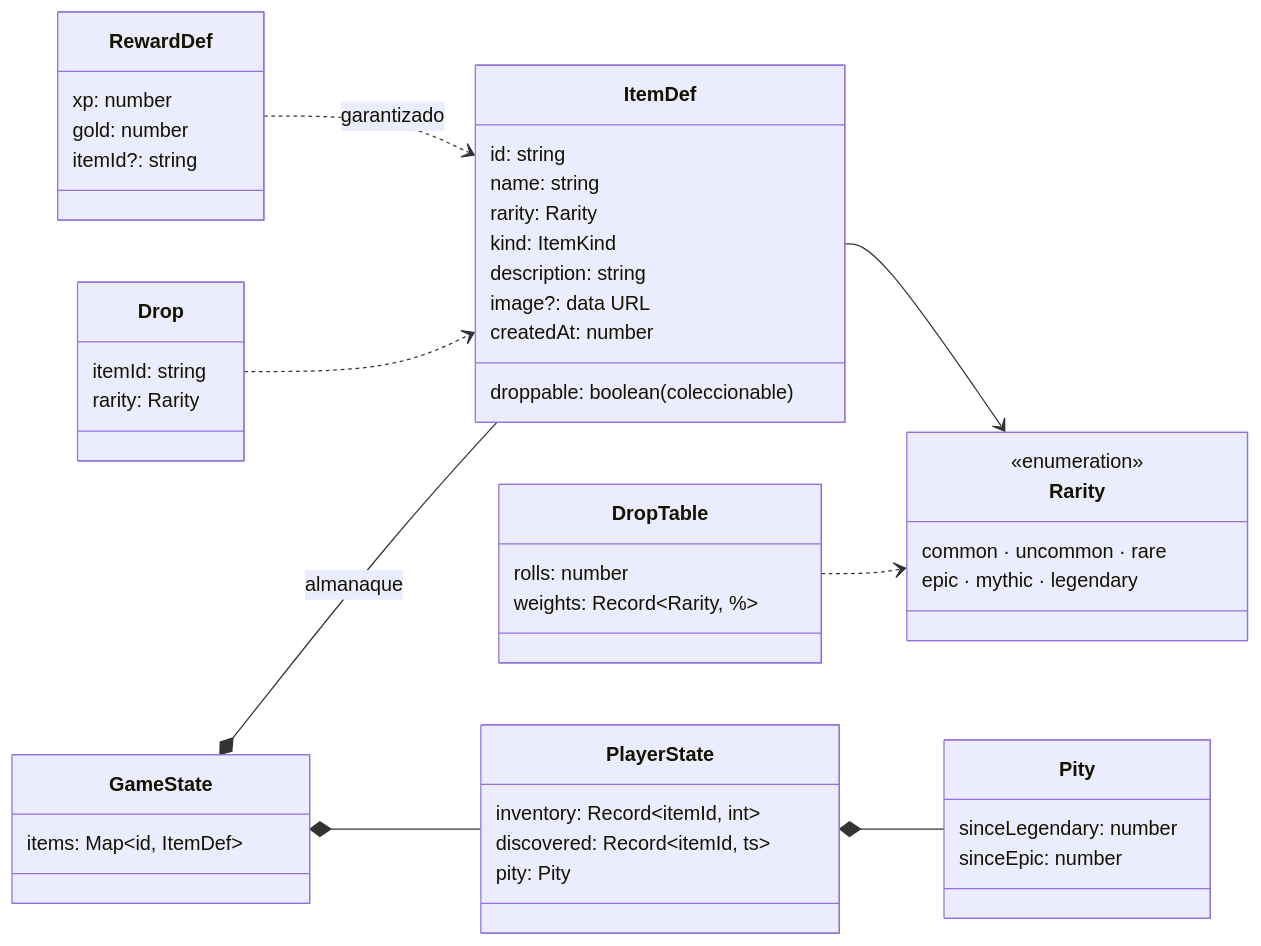
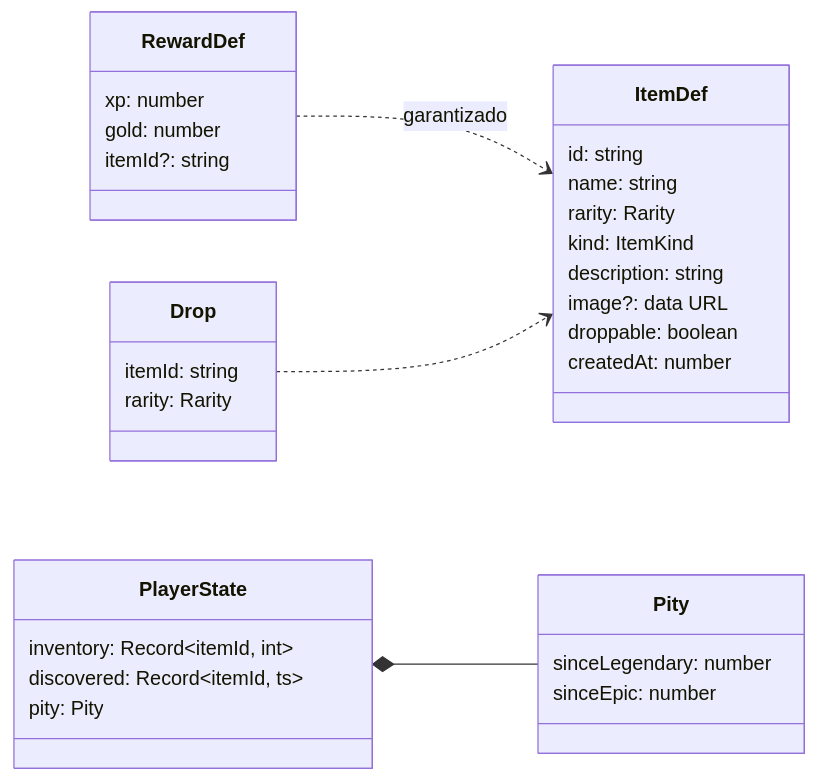
Before and after one commit to Carlos-Requena/Quest_Tareas: the diagram in src/features/items/README.md, drawn with Mermaid. The commit also changed other lines of this file and 134 other files, not shown here.

````diff
--- a/src/features/items/README.md
+++ b/src/features/items/README.md
@@ -155,51 +99,35 @@
 ```mermaid
 classDiagram
     direction LR
     class ItemDef {
         id: string
         name: string
         rarity: Rarity
         kind: ItemKind
         description: string
         image?: data URL
-        droppable: boolean (coleccionable)
+        droppable: boolean
         createdAt: number
-    }
-    class Rarity {
-        <<enumeration>>
-        common · uncommon · rare
-        epic · mythic · legendary
     }
     class RewardDef {
         xp: number
         gold: number
         itemId?: string
     }
     class Drop {
         itemId: string
         rarity: Rarity
     }
-    class DropTable {
-        rolls: number
-        weights: Record~Rarity, %~
-    }
     class Pity {
         sinceLegendary: number
         sinceEpic: number
     }
     class PlayerState {
         inventory: Record~itemId, int~
         discovered: Record~itemId, ts~
         pity: Pity
     }
-    class GameState {
-        items: Map~id, ItemDef~
-    }
-    ItemDef --> Rarity
     RewardDef ..> ItemDef : garantizado
     Drop ..> ItemDef
-    GameState *-- ItemDef : almanaque
-    GameState *-- PlayerState
     PlayerState *-- Pity
-    DropTable ..> Rarity
 ```
````
